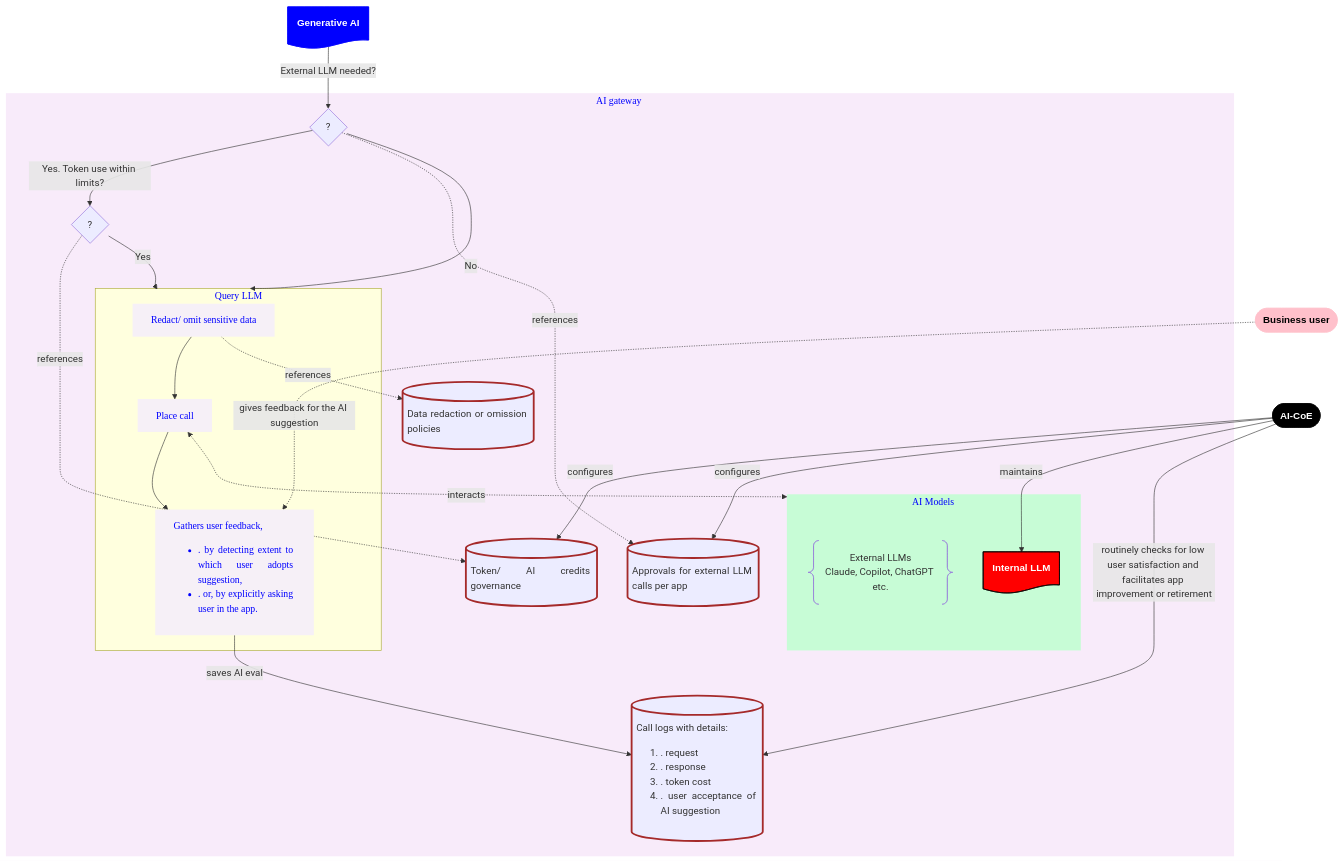
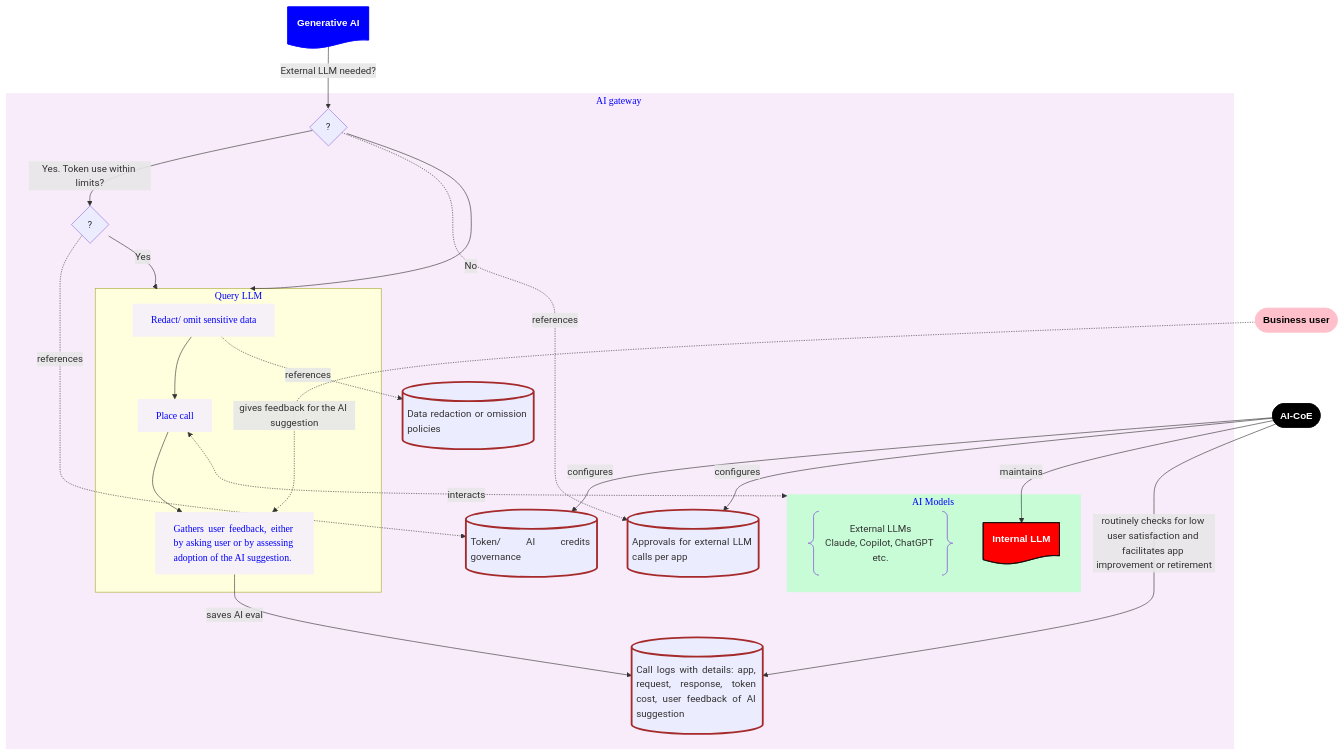
The diagram in .assets/AiGateway.md (DuttaSoumya/AI-Architecture), drawn with Mermaid before and after one commit. The commit also changed 6 other files, not shown here.

````diff
--- a/.assets/AiGateway.md
+++ b/.assets/AiGateway.md
@@ -1,65 +1,65 @@
 ``` mermaid
 flowchart
     BizUser([Business user])
     class BizUser User_BIZ
     CoE([AI-CoE])
     class CoE User_COE
 
     subgraph AIGateway[AI gateway]
         TokenGovernance@{ shape: cyl, label: "Token/ AI credits governance" }
         class TokenGovernance Database
         RedactPolicies@{ shape: cyl, label: "Data redaction or omission policies" }
         class RedactPolicies Database
         ApprovalsForExternalLlms@{ shape: cyl, label: "Approvals for external LLM calls per app" }
         class ApprovalsForExternalLlms Database
         TokenUseApproved@{ shape: diamond, label: "?" }
         ExternalLLMApproved@{ shape: diamond, label: "?" }
-        CallLogAsEvals@{ shape: cyl, label: "Call logs with details: <ol><li>. request</li><li>. response</li><li>. token cost</li><li>. user acceptance of AI suggestion</li></ol>" }
+        CallLogAsEvals@{ shape: cyl, label: "Call logs with details: app, request, response, token cost, user feedback of AI suggestion" }
         class CallLogAsEvals Database
         subgraph MakeCall[Query LLM]
              RedactData[Redact/ omit sensitive data]
              class RedactData Action
              PlaceCall[Place call]
-             GathersUserFeedback[Gathers user feedback, <ul><li>. by detecting extent to which user adopts suggestion,</li><li>. or, by explicitly asking user in the app.</li></ul>]
+             GathersUserFeedback[Gathers user feedback, either by asking user or by assessing adoption of the AI suggestion.]
              class GathersUserFeedback Action
              RedactData --> PlaceCall --> GathersUserFeedback
              class PlaceCall Action
         end
         style MakeCall color:blue, font-family:Fantasy, Trebuchet MS
         subgraph Models["AI Models"]
             ExternalModel@{ shape: braces, label: "External LLMs<br/>Claude, Copilot, ChatGPT etc."}
             InternalModel@{ shape: doc, label: "Internal LLM" }  
             class InternalModel AiArtifacts
         end
         style Models stroke:None, fill:#c7fcd6, color:blue, font-family:Fantasy, Trebuchet MS
 
         ExternalLLMApproved -- Yes. Token use within limits? --> TokenUseApproved -. references .-> TokenGovernance 
         ExternalLLMApproved -- No --> MakeCall
         TokenUseApproved -- Yes --> MakeCall
         ExternalLLMApproved -. references .-> ApprovalsForExternalLlms
         PlaceCall <-. interacts .-> Models
         RedactData -. references .-> RedactPolicies
         GathersUserFeedback -- saves AI eval --> CallLogAsEvals
     end
     style AIGateway stroke:None, fill:#f8ebfa, color:blue, font-family:Fantasy, Trebuchet MS
 
     LLMProj@{ shape: doc, label: "**Generative AI**" }
     class LLMProj AiApps
     LLMProj -- External LLM needed? --> ExternalLLMApproved
 
     BizUser ~~~ CoE
 
     CoE -- configures --> TokenGovernance
     CoE -- configures --> ApprovalsForExternalLlms
     CoE -- maintains --> InternalModel
     CoE -- routinely checks for low user satisfaction and facilitates app improvement or retirement --> CallLogAsEvals
 
     BizUser -. gives feedback for the AI suggestion .-> GathersUserFeedback
 
     classDef AiArtifacts stroke: Black, fill: Red, color: White, font-family: Arial, font-weight: bold, text-align:justify, text-justify:inter-word
     classDef AiApps stroke: Blue, fill: Blue, color: White, font-family: Arial, font-weight: bold, text-align:justify, text-justify:inter-word
     classDef Action stroke:None, fill: #f6f0f7, color:blue, font-family:Tahoma, text-align:justify, text-justify:inter-word
     classDef Database stroke: Brown, stroke-width: 3px, text-align:justify, text-justify:inter-word
     classDef User_COE stroke:Black, fill:Black, color: White, font-family:Arial, font-weight:Bold
     classDef User_BIZ stroke:Pink, fill:Pink, font-family:Arial, color:Black, font-weight:Bold
 ```
````
